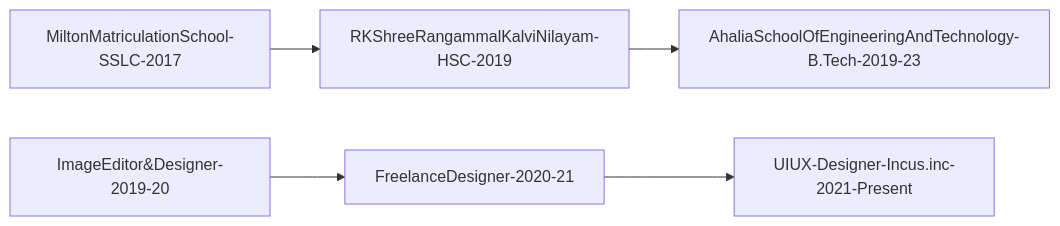
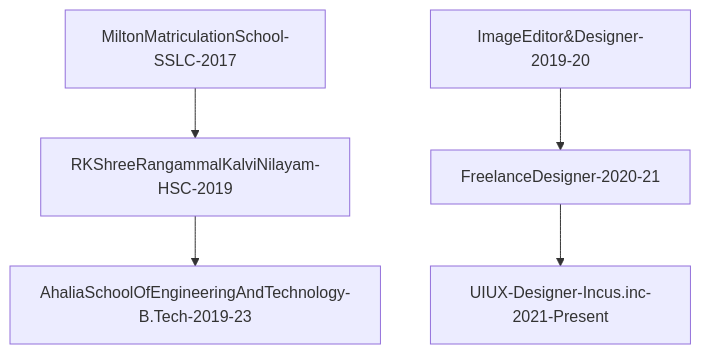
One commit to hariprasd/hariprasd changed the diagram in README.md. Above: the diagram before and after it, drawn with Mermaid.

````diff
--- a/README.md
+++ b/README.md
@@ -33,7 +33,7 @@
 ```mermaid
-graph LR;
+graph TD;
     MiltonMatriculationSchool-SSLC-2017-->RKShreeRangammalKalviNilayam-HSC-2019;
     RKShreeRangammalKalviNilayam-HSC-2019-->AhaliaSchoolOfEngineeringAndTechnology-B.Tech-2019-23;
     ImageEditor&Designer-2019-20-->FreelanceDesigner-2020-21;
     FreelanceDesigner-2020-21-->UIUX-Designer-Incus.inc-2021-Present;
 ```
````
